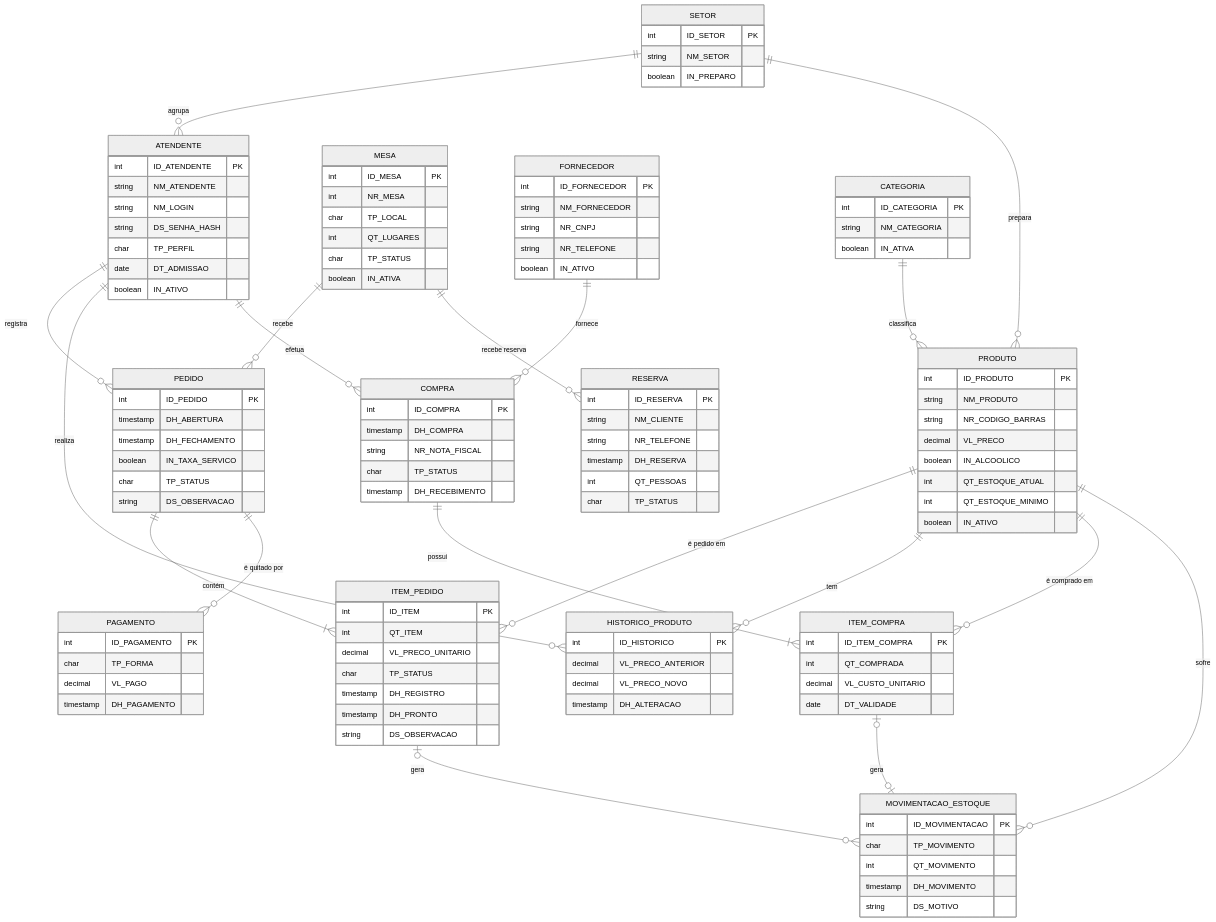
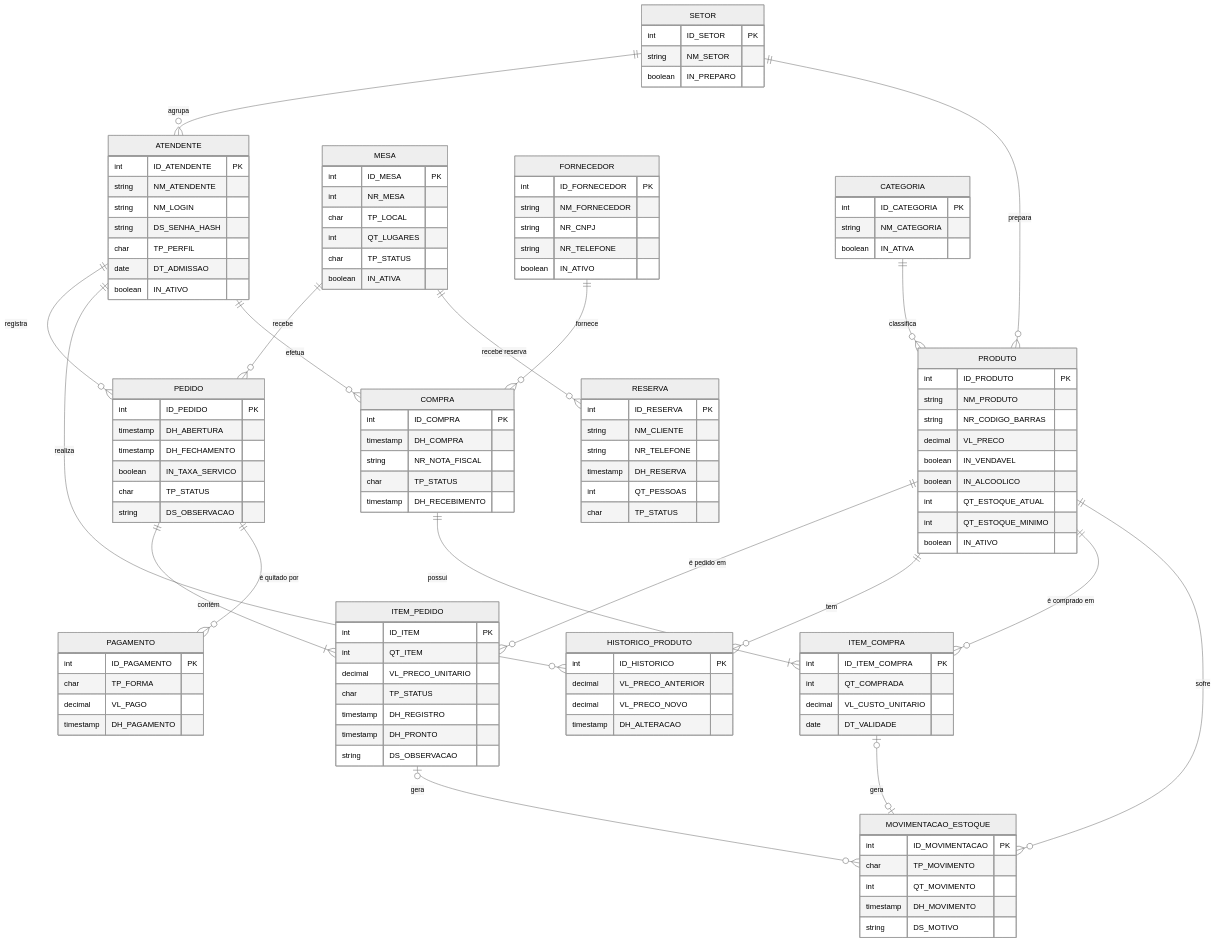
Before and after one commit to Victin7/modelagem-dados: the third of 3 diagrams in README.md, drawn with Mermaid (neutral theme). The commit also changed other lines of this file, not shown here.

```diff
--- a/README.md
+++ b/README.md
@@ -664,6 +667,7 @@
         string NM_PRODUTO
         string NR_CODIGO_BARRAS
         decimal VL_PRECO
+        boolean IN_VENDAVEL
         boolean IN_ALCOOLICO
         int QT_ESTOQUE_ATUAL
         int QT_ESTOQUE_MINIMO
```
